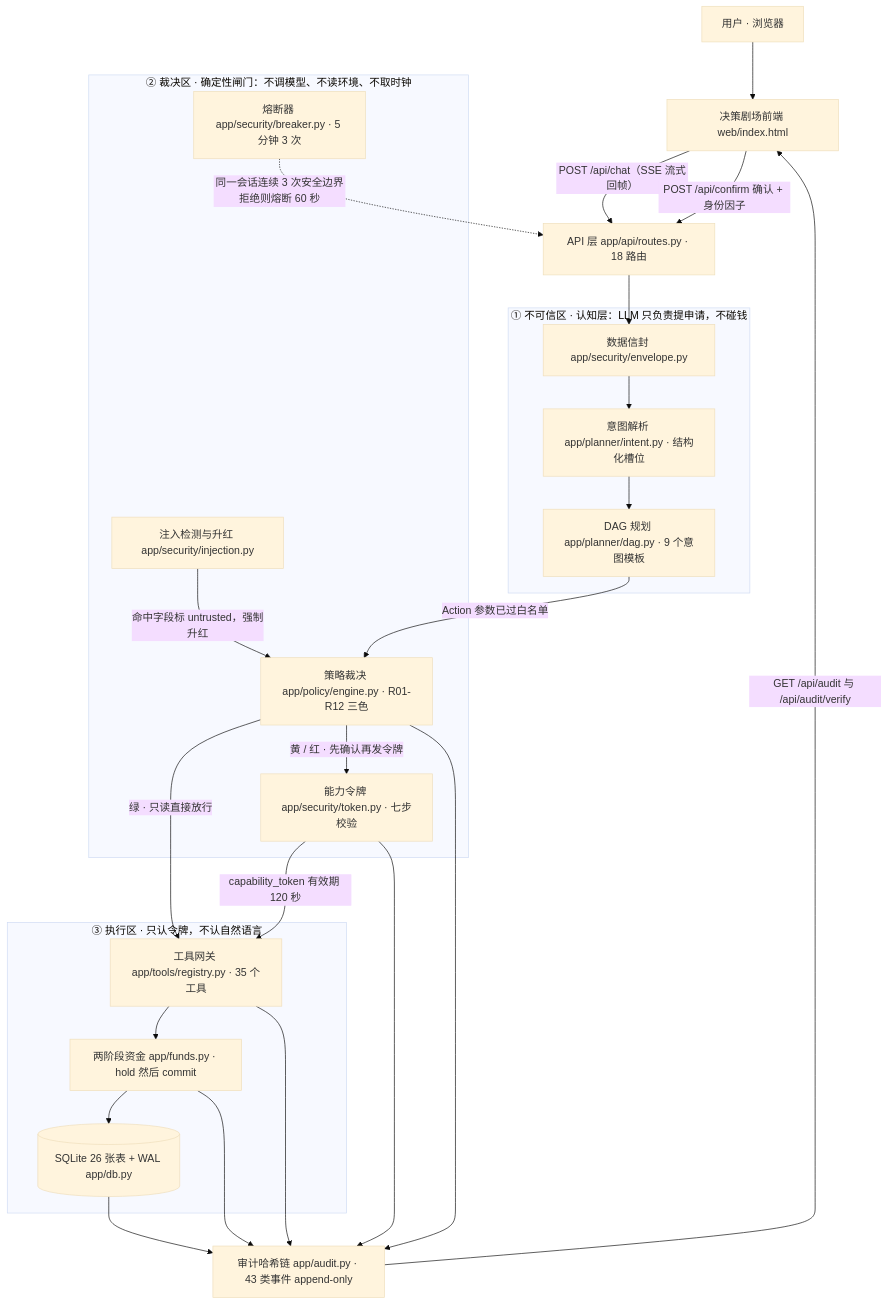
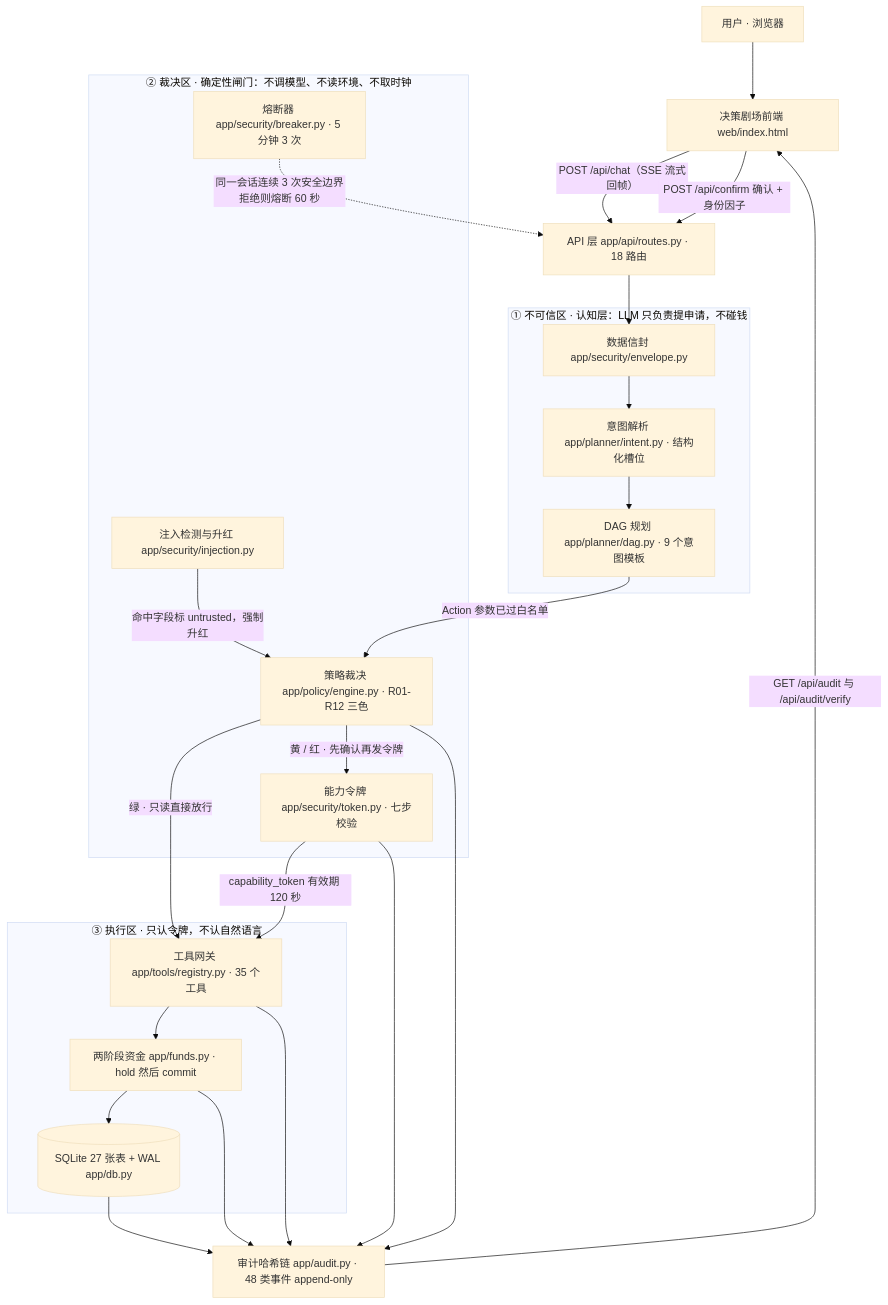
Before and after one commit to peng6yu/banking-agent: the first of 2 diagrams in docs/技术文档.md, drawn with Mermaid (base theme). The commit also changed other lines of this file and 67 other files, not shown here.

````diff
--- a/docs/技术文档.md
+++ b/docs/技术文档.md
@@ -56,42 +56,42 @@
 ```mermaid
 flowchart TD
     U["用户 · 浏览器"] --> FE["决策剧场前端 web/index.html"]
     FE -->|"POST /api/chat（SSE 流式回帧）"| API["API 层 app/api/routes.py · 18 路由"]
     FE -->|"POST /api/confirm 确认 + 身份因子"| API
 
     subgraph L1["① 不可信区 · 认知层：LLM 只负责提申请，不碰钱"]
         ENV["数据信封 app/security/envelope.py"]
         INT["意图解析 app/planner/intent.py · 结构化槽位"]
         DAG["DAG 规划 app/planner/dag.py · 9 个意图模板"]
     end
 
     subgraph L2["② 裁决区 · 确定性闸门：不调模型、不读环境、不取时钟"]
         INJ["注入检测与升红 app/security/injection.py"]
         PE["策略裁决 app/policy/engine.py · R01-R12 三色"]
         TK["能力令牌 app/security/token.py · 七步校验"]
         BRK["熔断器 app/security/breaker.py · 5 分钟 3 次"]
     end
 
     subgraph L3["③ 执行区 · 只认令牌，不认自然语言"]
         REG["工具网关 app/tools/registry.py · 35 个工具"]
         FND["两阶段资金 app/funds.py · hold 然后 commit"]
-        DB[("SQLite 26 张表 + WAL app/db.py")]
+        DB[("SQLite 27 张表 + WAL app/db.py")]
     end
 
-    AUD["审计哈希链 app/audit.py · 43 类事件 append-only"]
+    AUD["审计哈希链 app/audit.py · 48 类事件 append-only"]
 
     API --> ENV --> INT --> DAG
     DAG -->|"Action 参数已过白名单"| PE
     INJ -->|"命中字段标 untrusted，强制升红"| PE
     PE -->|"绿 · 只读直接放行"| REG
     PE -->|"黄 / 红 · 先确认再发令牌"| TK
     TK -->|"capability_token 有效期 120 秒"| REG
     BRK -.->|"同一会话连续 3 次安全边界拒绝则熔断 60 秒"| API
     REG --> FND --> DB
     REG --> AUD
     FND --> AUD
     PE --> AUD
     TK --> AUD
     DB --> AUD
     AUD -->|"GET /api/audit 与 /api/audit/verify"| FE
 ```
````
